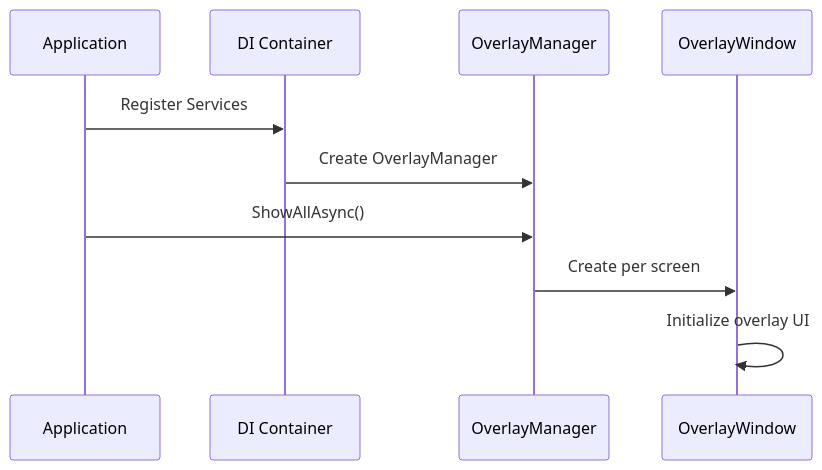
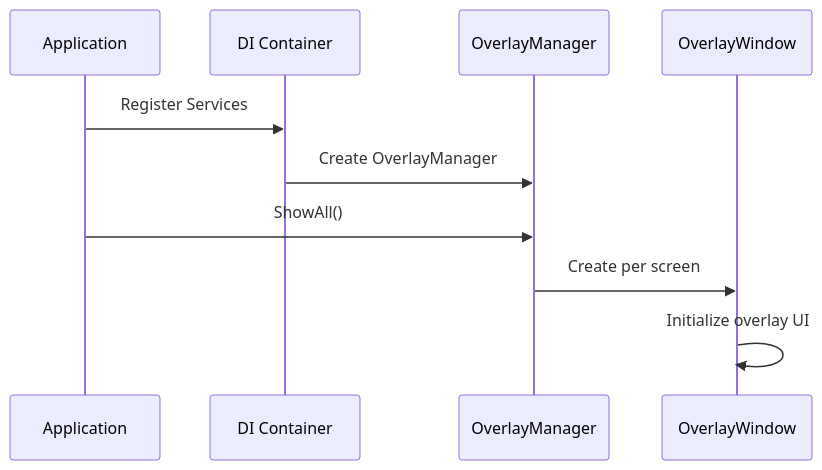
One commit to AGIBuild/AGI.Kapster changed the first of 3 diagrams in docs/overlay-system-architecture.md. Above: the diagram before and after it, drawn with Mermaid. The commit also changed other lines of this file and 11 other files, not shown here.

````diff
--- a/docs/overlay-system-architecture.md
+++ b/docs/overlay-system-architecture.md
@@ -69,13 +75,13 @@
 ```mermaid
 sequenceDiagram
     participant App as Application
     participant DI as DI Container
     participant OM as OverlayManager
     participant OW as OverlayWindow
     
     App->>DI: Register Services
     DI->>OM: Create OverlayManager
-    App->>OM: ShowAllAsync()
+    App->>OM: ShowAll()
     OM->>OW: Create per screen
     OW->>OW: Initialize overlay UI
 ```
````
